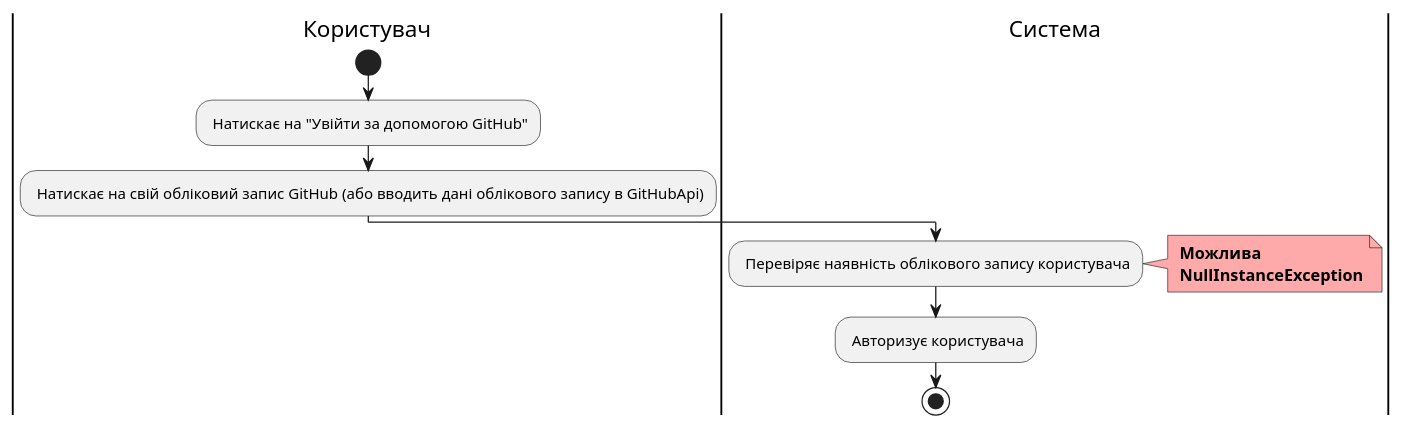
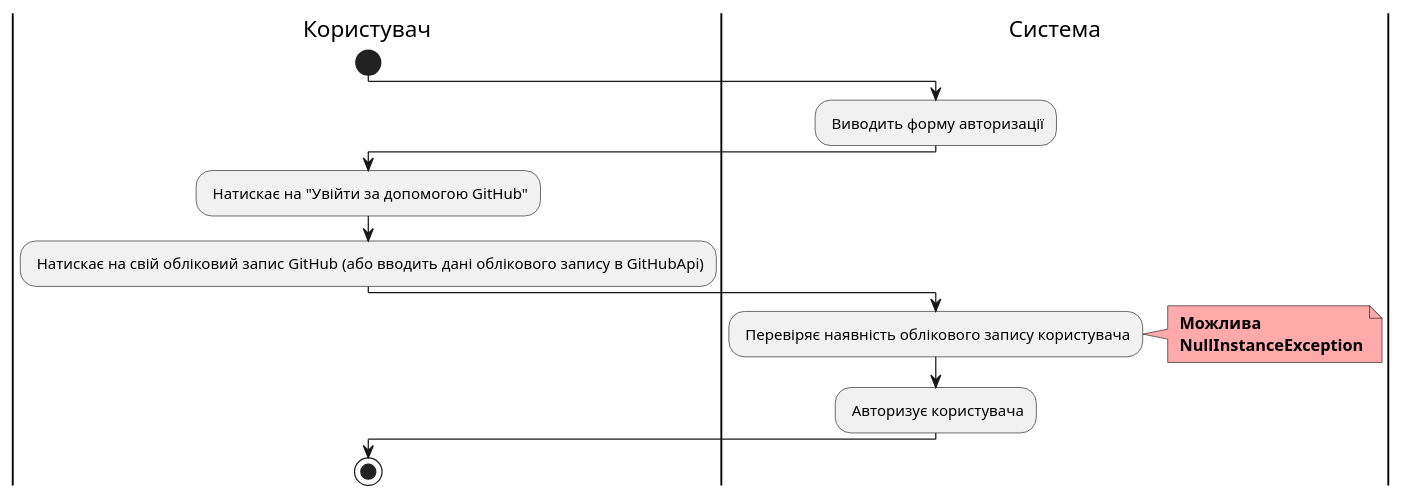
One commit to witchkaa/databases-course-work changed the seventh of 10 diagrams in docs/use cases/README.md. Above: the diagram before and after it, drawn with PlantUML. The commit also changed other lines of this file, not shown here.

```diff
--- a/docs/use cases/README.md
+++ b/docs/use cases/README.md
@@ -276,18 +293,25 @@
 @startuml
 
     |Користувач|
     start;
+
+    |Система|
+        : Виводить форму авторизації;
+
+    |Користувач|
     : Натискає на "Увійти за допомогою GitHub";
     : Натискає на свій обліковий запис GitHub (або вводить дані облікового запису в GitHubApi);
     
     |Система|
     : Перевіряє наявність облікового запису користувача;
     note right #ffaaaa
     <b> Можлива
     <b> NullInstanceException
     end note
     
     : Авторизує користувача;
-    stop;
+    
+    |Користувач|
+        stop;
 
 @enduml
```
